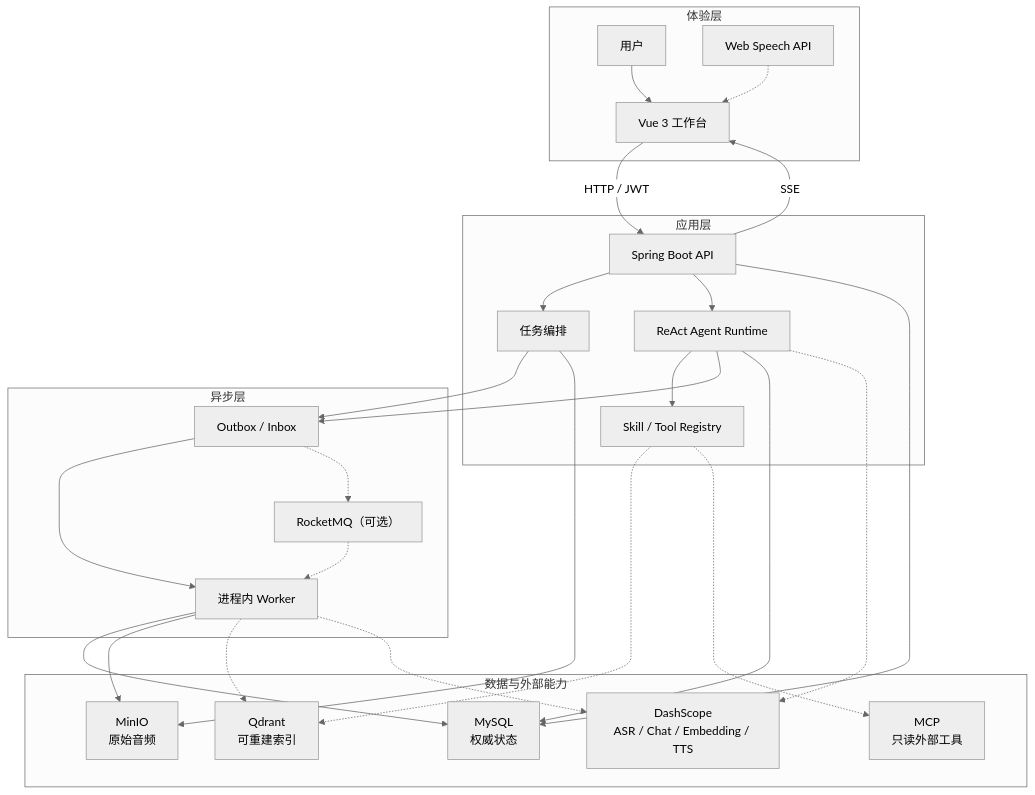
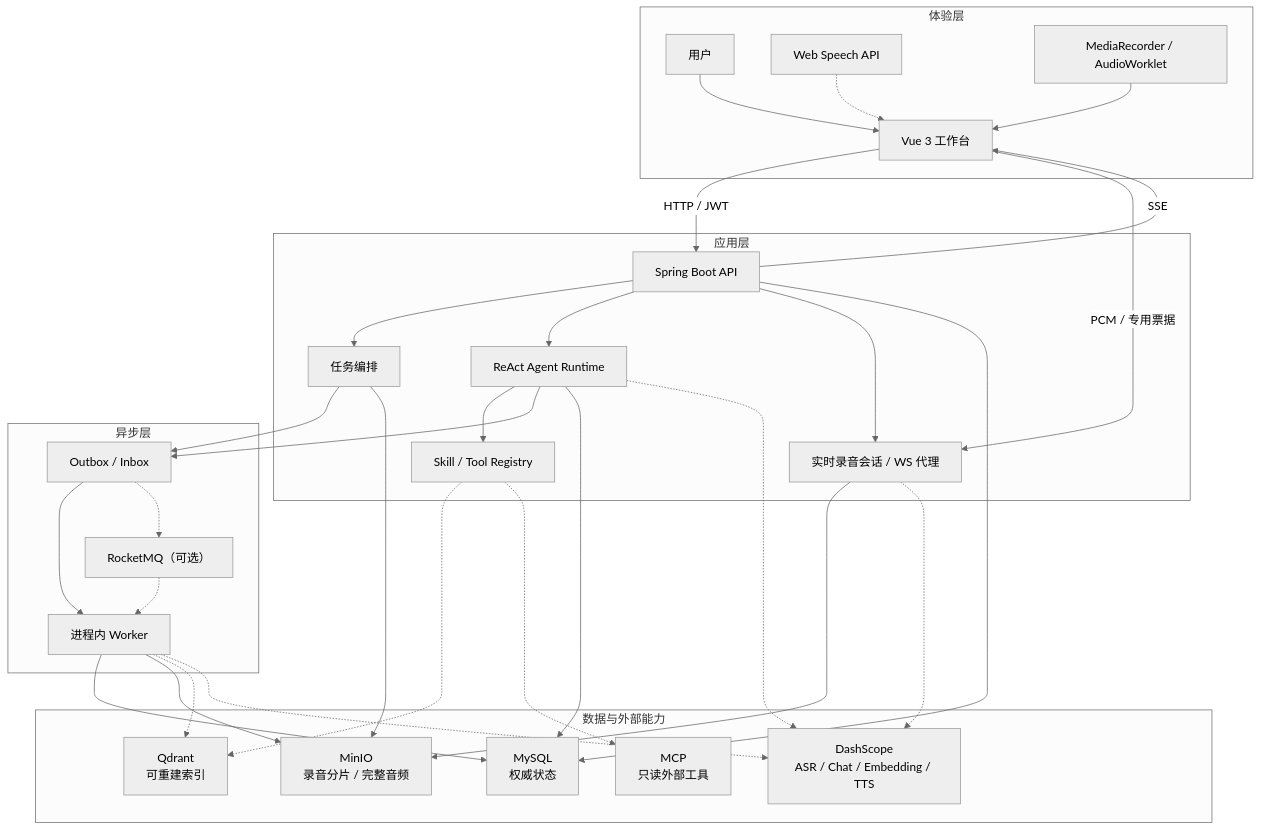
Before and after one commit to normalform3/voice-note: the diagram in README.md, drawn with Mermaid (neutral theme). The commit also changed other lines of this file and 51 other files, not shown here.

````diff
--- a/README.md
+++ b/README.md
@@ -174,49 +197,55 @@
 ```mermaid
 flowchart TB
     subgraph Experience["体验层"]
         User["用户"] --> Web["Vue 3 工作台"]
         Speech["Web Speech API"] -.-> Web
+        Recorder["MediaRecorder / AudioWorklet"] --> Web
     end
 
     subgraph Application["应用层"]
         Api["Spring Boot API"]
+        Realtime["实时录音会话 / WS 代理"]
         Pipeline["任务编排"]
         Agent["ReAct Agent Runtime"]
         Registry["Skill / Tool Registry"]
         Api --> Pipeline
         Api --> Agent
+        Api --> Realtime
         Agent --> Registry
     end
 
     subgraph Async["异步层"]
         Events["Outbox / Inbox"]
         Workers["进程内 Worker"]
         RocketMQ["RocketMQ（可选）"]
         Events --> Workers
         Events -.-> RocketMQ
         RocketMQ -.-> Workers
     end
 
     subgraph Data["数据与外部能力"]
         MySQL["MySQL<br/>权威状态"]
-        MinIO["MinIO<br/>原始音频"]
+        MinIO["MinIO<br/>录音分片 / 完整音频"]
         Qdrant["Qdrant<br/>可重建索引"]
         Models["DashScope<br/>ASR / Chat / Embedding / TTS"]
         MCP["MCP<br/>只读外部工具"]
     end
 
     Web -->|"HTTP / JWT"| Api
+    Web -->|"PCM / 专用票据"| Realtime
     Api -->|"SSE"| Web
     Pipeline --> Events
     Agent --> Events
     Api --> MySQL
     Pipeline --> MinIO
+    Realtime --> MinIO
+    Realtime -.-> Models
     Workers --> MySQL
     Workers --> MinIO
     Workers -.-> Qdrant
     Workers -.-> Models
     Agent --> MySQL
     Agent -.-> Models
     Registry -.-> Qdrant
     Registry -.-> MCP
 ```
````
